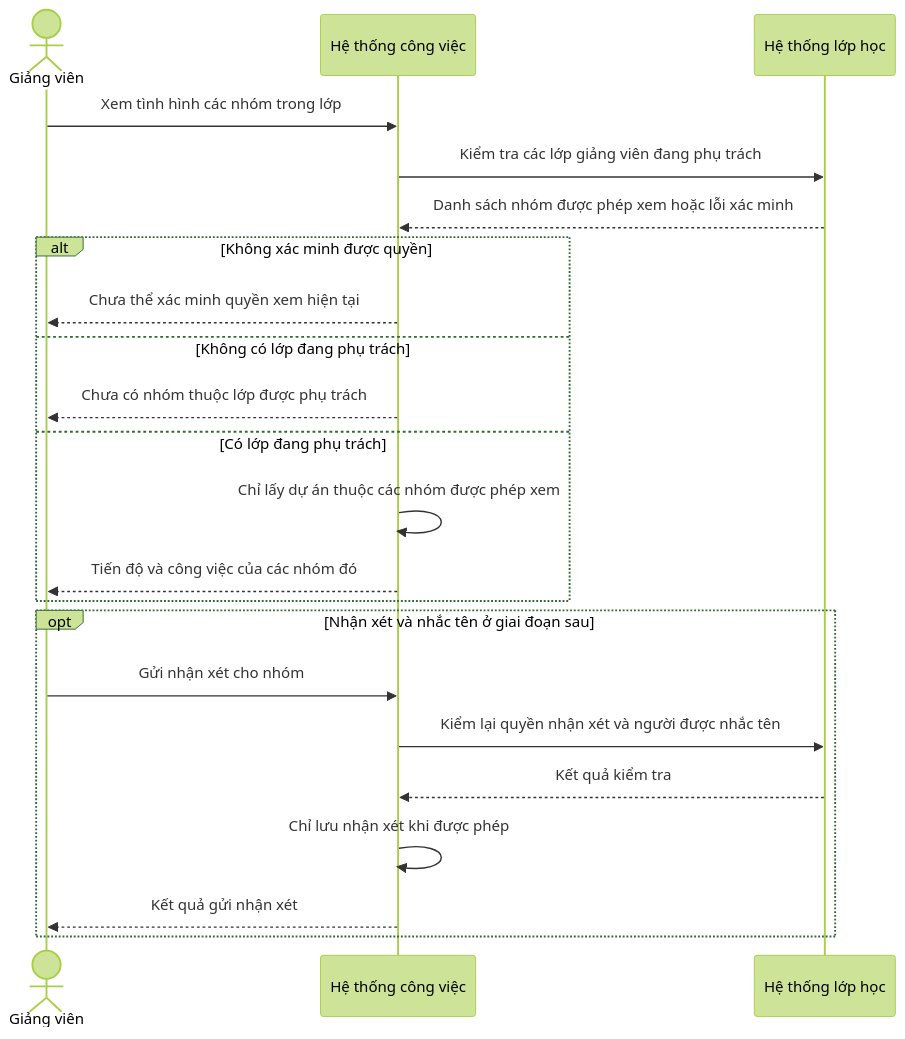
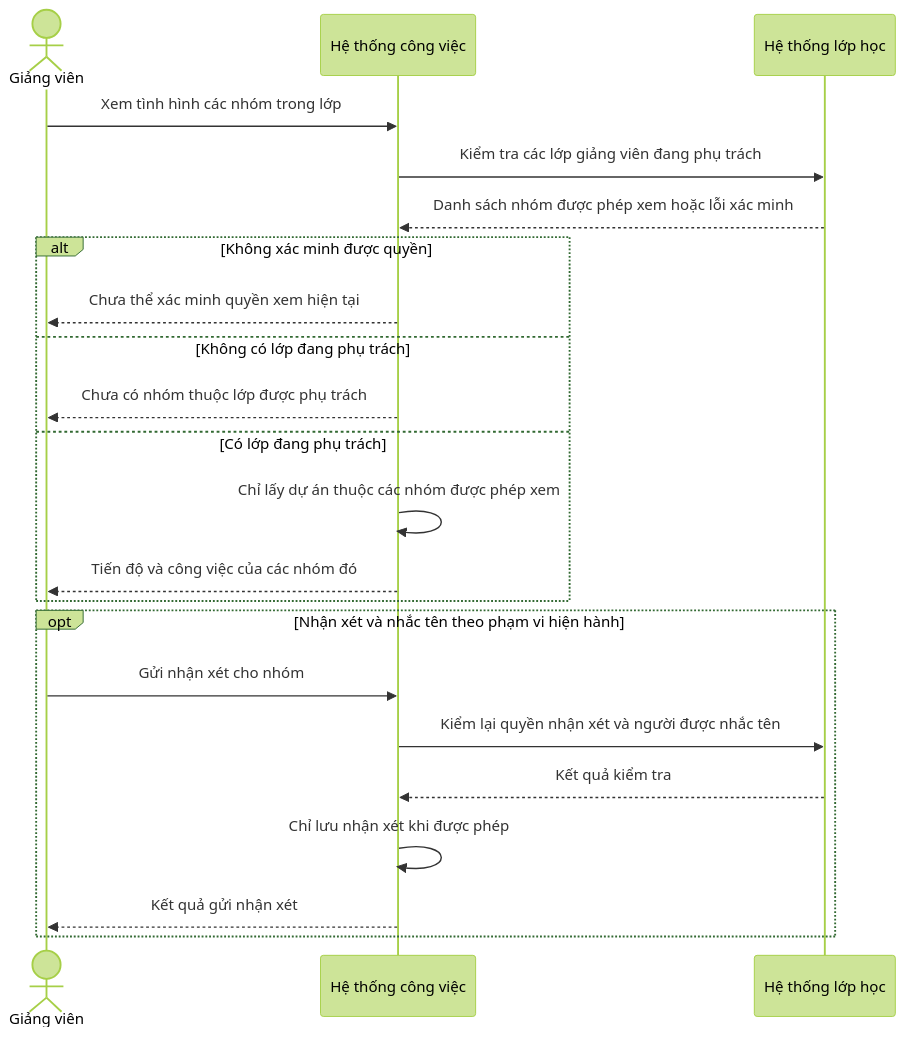
One commit to TriNguyenThanh/UTask changed the ninth of 9 diagrams in docs/diagram/classroom-service/sequence.md. Above: the diagram before and after it, drawn with Mermaid (forest theme). The commit also changed other lines of this file and 4 other files, not shown here.

````diff
--- a/docs/diagram/classroom-service/sequence.md
+++ b/docs/diagram/classroom-service/sequence.md
@@ -484,24 +492,24 @@
 ```mermaid
 sequenceDiagram
     actor GV as Giảng viên
     participant W as Hệ thống công việc
     participant L as Hệ thống lớp học
     GV->>W: Xem tình hình các nhóm trong lớp
     W->>L: Kiểm tra các lớp giảng viên đang phụ trách
     L-->>W: Danh sách nhóm được phép xem hoặc lỗi xác minh
     alt Không xác minh được quyền
         W-->>GV: Chưa thể xác minh quyền xem hiện tại
     else Không có lớp đang phụ trách
         W-->>GV: Chưa có nhóm thuộc lớp được phụ trách
     else Có lớp đang phụ trách
         W->>W: Chỉ lấy dự án thuộc các nhóm được phép xem
         W-->>GV: Tiến độ và công việc của các nhóm đó
     end
-    opt Nhận xét và nhắc tên ở giai đoạn sau
+    opt Nhận xét và nhắc tên theo phạm vi hiện hành
         GV->>W: Gửi nhận xét cho nhóm
         W->>L: Kiểm lại quyền nhận xét và người được nhắc tên
         L-->>W: Kết quả kiểm tra
         W->>W: Chỉ lưu nhận xét khi được phép
         W-->>GV: Kết quả gửi nhận xét
     end
 ```
````
